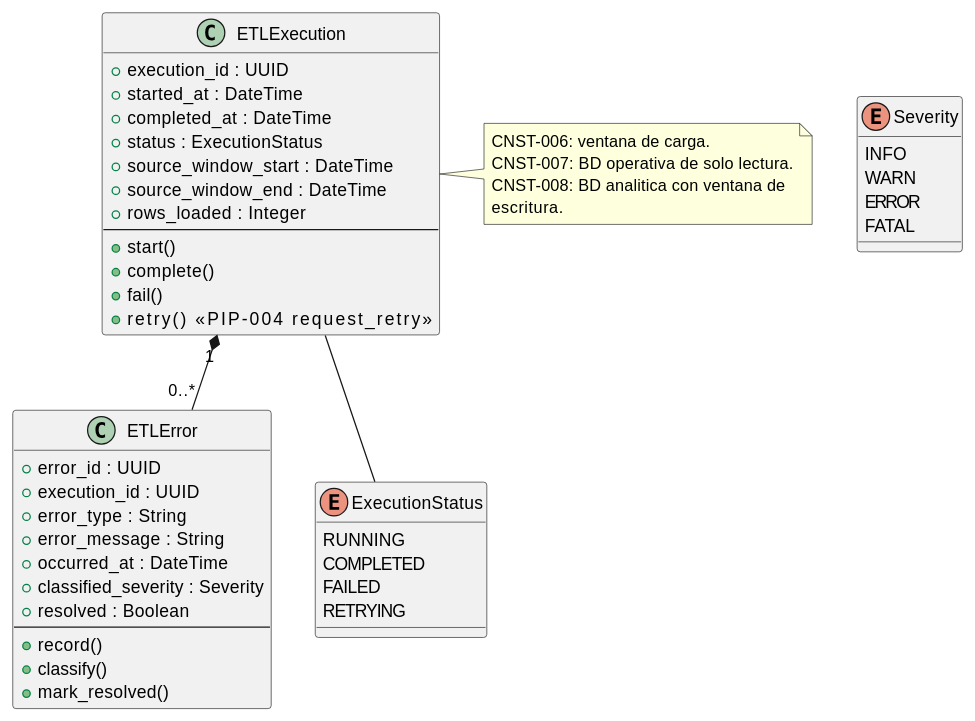
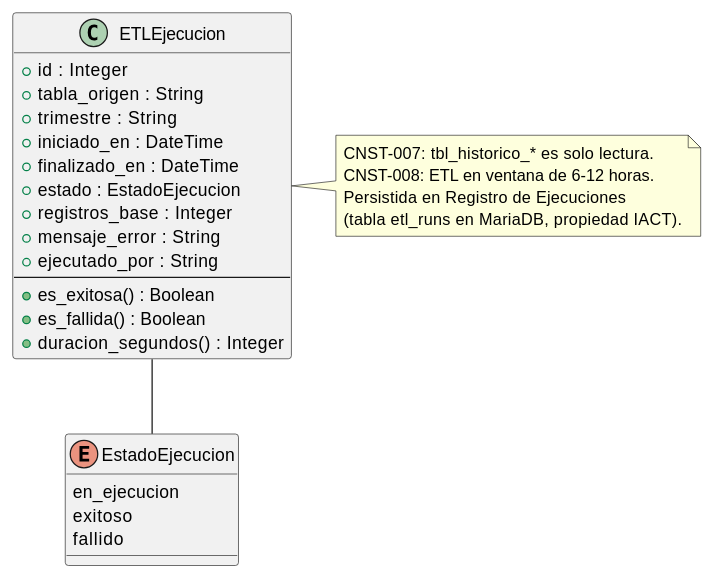
The sixth of 9 diagrams in source/arquitectura-tecnica/modelo-dominio-iact.rst (jcg-admin/IACT-docs), drawn with PlantUML before and after one commit. The commit also changed other lines of this file and 4 other files, not shown here.

First line of the commit message:
Update remaining architecture files to ETLEjecucion entity

```diff
--- a/source/arquitectura-tecnica/modelo-dominio-iact.rst
+++ b/source/arquitectura-tecnica/modelo-dominio-iact.rst
@@ -633,60 +632,38 @@
 .. uml::
- :caption: Bounded context Pipeline ETL — ejecuciones y errores
-           del proceso de carga.
+ :caption: Bounded context Pipeline ETL — ejecuciones del Servicio
+           ETL registradas en el Registro de Ejecuciones.
 
  @startuml
 
- class ETLExecution {
-   + execution_id : UUID
-   + started_at : DateTime
-   + completed_at : DateTime
-   + status : ExecutionStatus
-   + source_window_start : DateTime
-   + source_window_end : DateTime
-   + rows_loaded : Integer
+ class ETLEjecucion {
+   + id : Integer
+   + tabla_origen : String
+   + trimestre : String
+   + iniciado_en : DateTime
+   + finalizado_en : DateTime
+   + estado : EstadoEjecucion
+   + registros_base : Integer
+   + mensaje_error : String
+   + ejecutado_por : String
    --
-   + start()
-   + complete()
-   + fail()
-   + retry()             <<PIP-004 request_retry>>
+   + es_exitosa() : Boolean
+   + es_fallida() : Boolean
+   + duracion_segundos() : Integer
  }
 
- class ETLError {
-   + error_id : UUID
-   + execution_id : UUID
-   + error_type : String
-   + error_message : String
-   + occurred_at : DateTime
-   + classified_severity : Severity
-   + resolved : Boolean
-   --
-   + record()
-   + classify()
-   + mark_resolved()
+ enum EstadoEjecucion {
+   en_ejecucion
+   exitoso
+   fallido
  }
 
- enum ExecutionStatus {
-   RUNNING
-   COMPLETED
-   FAILED
-   RETRYING
- }
+ ETLEjecucion -- EstadoEjecucion
 
- enum Severity {
-   INFO
-   WARN
-   ERROR
-   FATAL
- }
-
- ETLExecution "1" *-- "0..*" ETLError
- ETLExecution -- ExecutionStatus
-
- note right of ETLExecution
-   CNST-006: ventana de carga.
-   CNST-007: BD operativa de solo lectura.
-   CNST-008: BD analitica con ventana de
-   escritura.
+ note right of ETLEjecucion
+   CNST-007: tbl_historico_* es solo lectura.
+   CNST-008: ETL en ventana de 6-12 horas.
+   Persistida en Registro de Ejecuciones
+   (tabla etl_runs en MariaDB, propiedad IACT).
  end note
 
  @enduml
```
